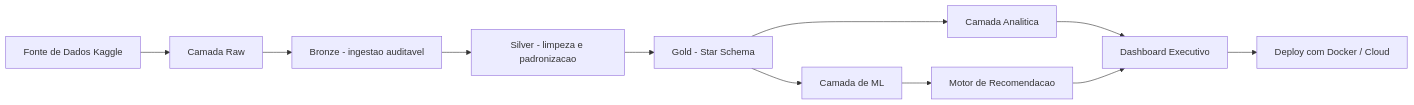
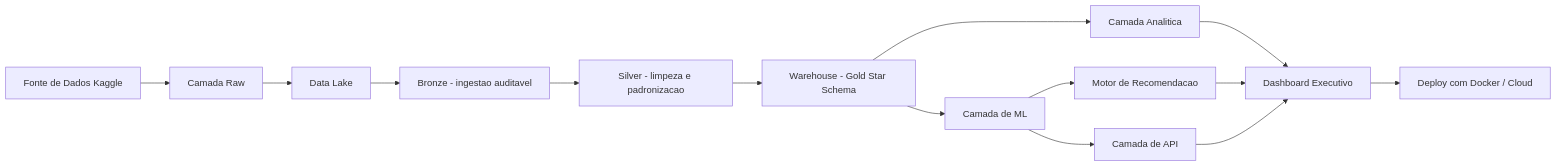
Before and after one commit to samuelmaia-analytics/Revenue-Intelligence-Platform-End-to-End-Analytics-ML-System: the first of 4 diagrams in README.pt-BR.md, drawn with Mermaid. The commit also changed other lines of this file and 6 other files, not shown here.

````diff
--- a/README.pt-BR.md
+++ b/README.pt-BR.md
@@ -100,13 +100,16 @@
 ```mermaid
 flowchart LR
     A[Fonte de Dados Kaggle] --> B[Camada Raw]
-    B --> C[Bronze - ingestao auditavel]
-    C --> D[Silver - limpeza e padronizacao]
-    D --> E[Gold - Star Schema]
-    E --> F[Camada Analitica]
-    E --> G[Camada de ML]
-    G --> H[Motor de Recomendacao]
-    F --> I[Dashboard Executivo]
-    H --> I
-    I --> J[Deploy com Docker / Cloud]
+    B --> C[Data Lake]
+    C --> D[Bronze - ingestao auditavel]
+    D --> E[Silver - limpeza e padronizacao]
+    E --> F[Warehouse - Gold Star Schema]
+    F --> G[Camada Analitica]
+    F --> H[Camada de ML]
+    H --> I[Motor de Recomendacao]
+    H --> J[Camada de API]
+    G --> K[Dashboard Executivo]
+    I --> K
+    J --> K
+    K --> L[Deploy com Docker / Cloud]
 ```
````
